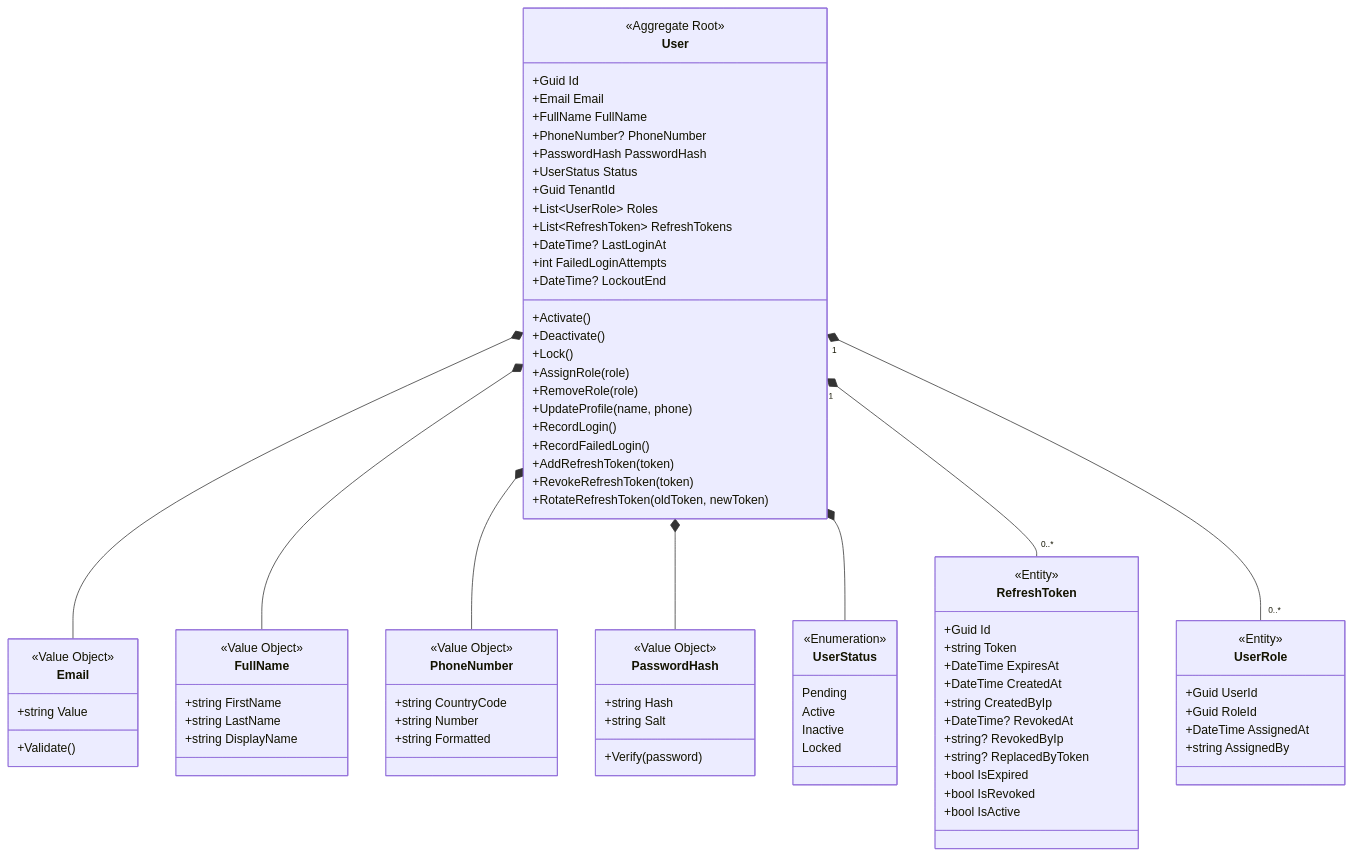
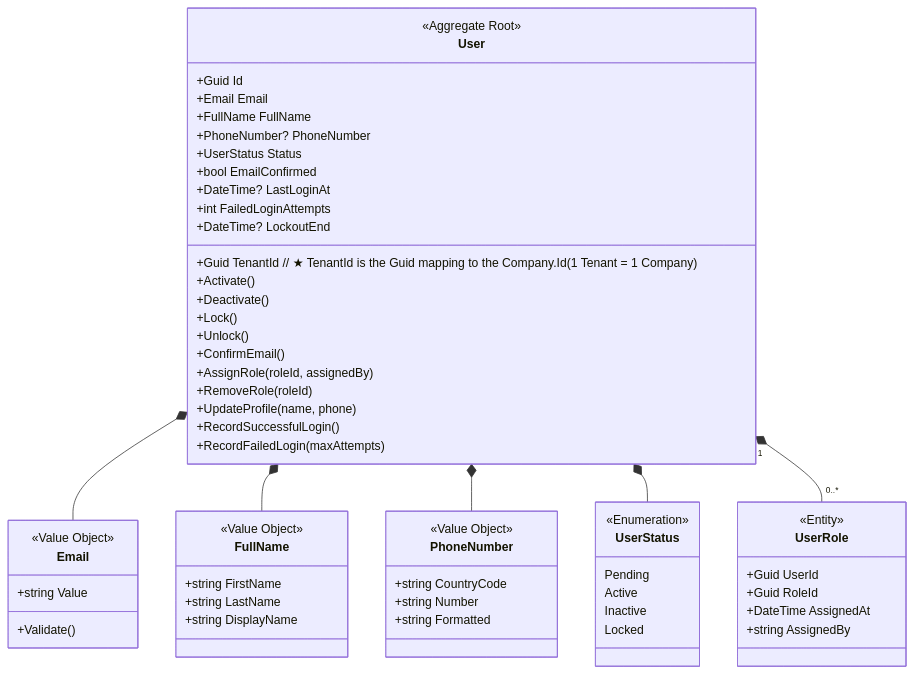
The second of 20 diagrams in docs/domain-model.md (fatma-oncu/SafeFlow-AI), drawn with Mermaid before and after one commit. The commit also changed other lines of this file and 40 other files, not shown here.

````diff
--- a/docs/domain-model.md
+++ b/docs/domain-model.md
@@ -192,25 +192,22 @@
         +Email Email
         +FullName FullName
         +PhoneNumber? PhoneNumber
-        +PasswordHash PasswordHash
         +UserStatus Status
-        +Guid TenantId
-        +List~UserRole~ Roles
-        +List~RefreshToken~ RefreshTokens
+        +Guid TenantId              // ★ TenantId is the Guid mapping to the Company.Id (1 Tenant = 1 Company)
+        +bool EmailConfirmed
         +DateTime? LastLoginAt
         +int FailedLoginAttempts
         +DateTime? LockoutEnd
         +Activate()
         +Deactivate()
         +Lock()
-        +AssignRole(role)
-        +RemoveRole(role)
+        +Unlock()
+        +ConfirmEmail()
+        +AssignRole(roleId, assignedBy)
+        +RemoveRole(roleId)
         +UpdateProfile(name, phone)
-        +RecordLogin()
-        +RecordFailedLogin()
-        +AddRefreshToken(token)
-        +RevokeRefreshToken(token)
-        +RotateRefreshToken(oldToken, newToken)
+        +RecordSuccessfulLogin()
+        +RecordFailedLogin(maxAttempts)
     }
 
     class Email {
@@ -233,28 +230,6 @@
         +string Formatted
     }
 
-    class PasswordHash {
-        <<Value Object>>
-        +string Hash
-        +string Salt
-        +Verify(password)
-    }
-
-    class RefreshToken {
-        <<Entity>>
-        +Guid Id
-        +string Token
-        +DateTime ExpiresAt
-        +DateTime CreatedAt
-        +string CreatedByIp
-        +DateTime? RevokedAt
-        +string? RevokedByIp
-        +string? ReplacedByToken
-        +bool IsExpired
-        +bool IsRevoked
-        +bool IsActive
-    }
-
     class UserRole {
         <<Entity>>
         +Guid UserId
@@ -274,8 +249,6 @@
     User *-- Email
     User *-- FullName
     User *-- PhoneNumber
-    User *-- PasswordHash
     User *-- UserStatus
-    User "1" *-- "0..*" RefreshToken
     User "1" *-- "0..*" UserRole
 ```
````
